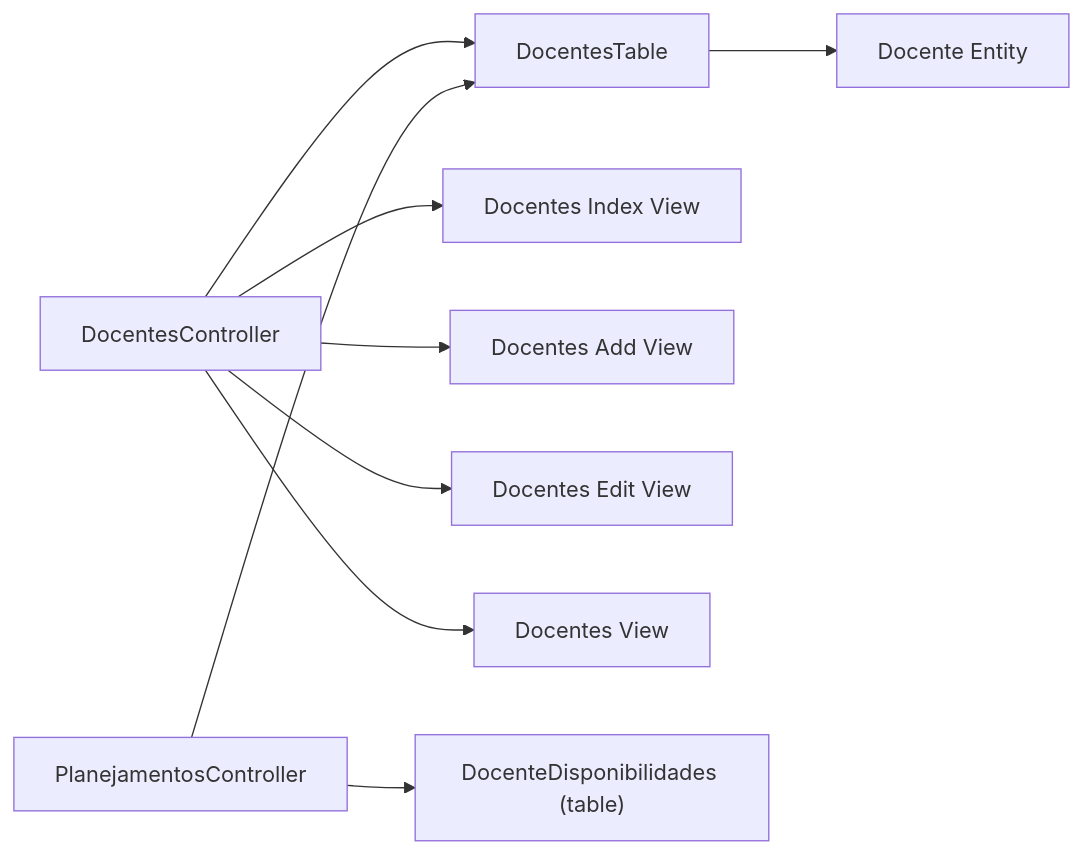
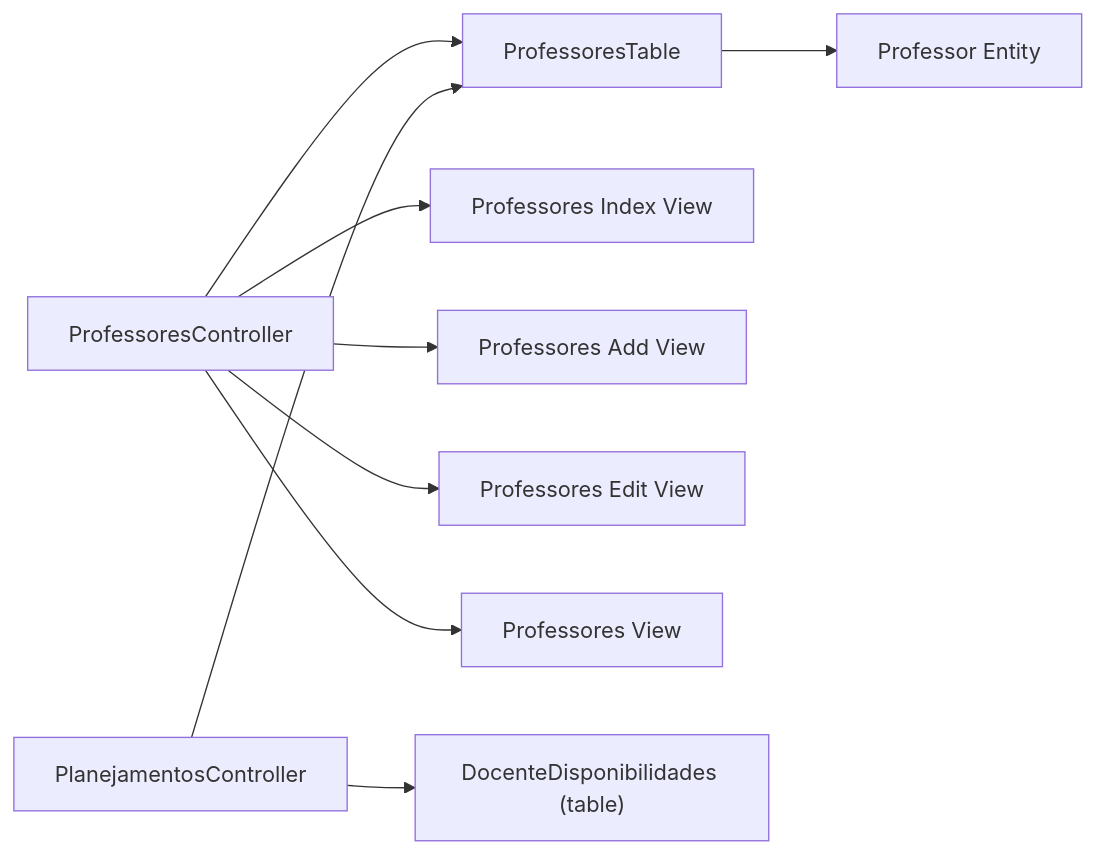
Before and after one commit to luiseduacosta/planejamento5: the eighth of 8 diagrams in .qoder/repowiki/en/content/Core Features/Faculty Management/Faculty Status Tracking.md, drawn with Mermaid. The commit also changed other lines of this file and 37 other files, not shown here.

Commit message:
repowiki: rename Docentes → Professores in metadata

````diff
--- a/.qoder/repowiki/en/content/Core Features/Faculty Management/Faculty Status Tracking.md
+++ b/.qoder/repowiki/en/content/Core Features/Faculty Management/Faculty Status Tracking.md
@@ -308,11 +308,11 @@
 ```mermaid
 graph LR
-DC["DocentesController"] --> DT["DocentesTable"]
-DC --> VIdx["Docentes Index View"]
-DC --> VAdd["Docentes Add View"]
-DC --> VEdit["Docentes Edit View"]
-DC --> VView["Docentes View"]
+DC["ProfessoresController"] --> DT["ProfessoresTable"]
+DC --> VIdx["Professores Index View"]
+DC --> VAdd["Professores Add View"]
+DC --> VEdit["Professores Edit View"]
+DC --> VView["Professores View"]
 PC["PlanejamentosController"] --> DT
 PC --> Disp["DocenteDisponibilidades (table)"]
-DT --> DE["Docente Entity"]
+DT --> DE["Professor Entity"]
 ```
````
